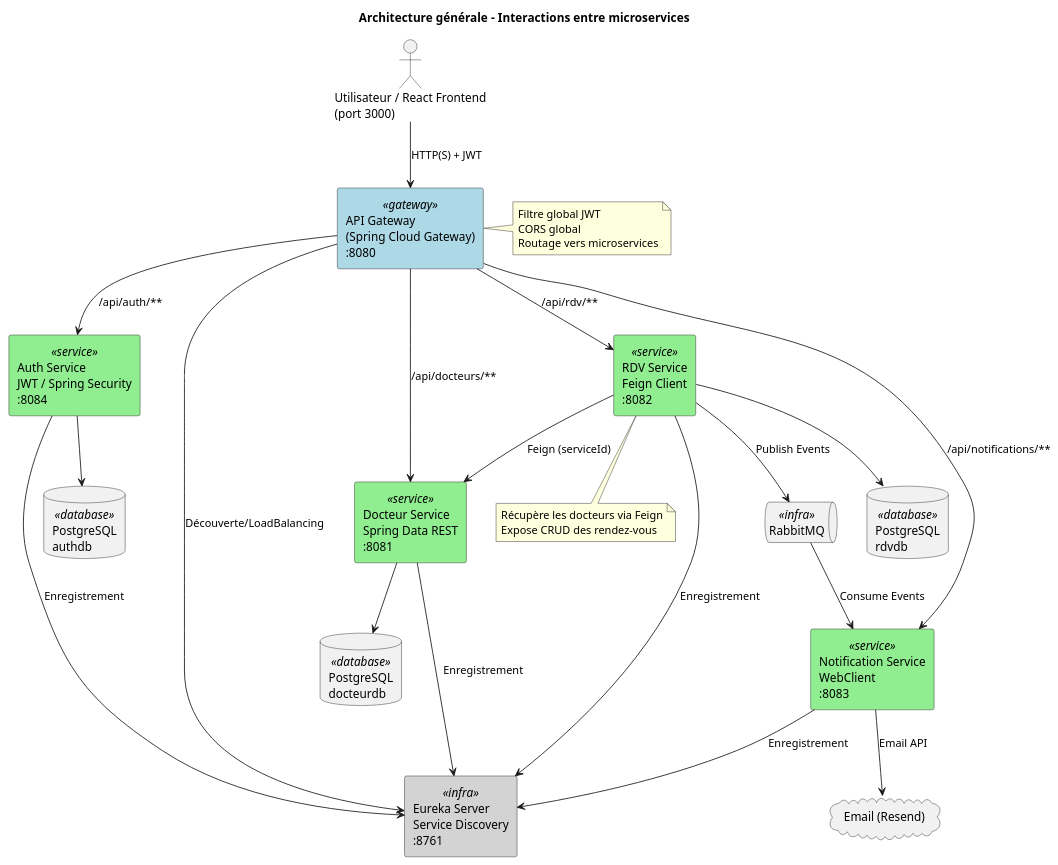
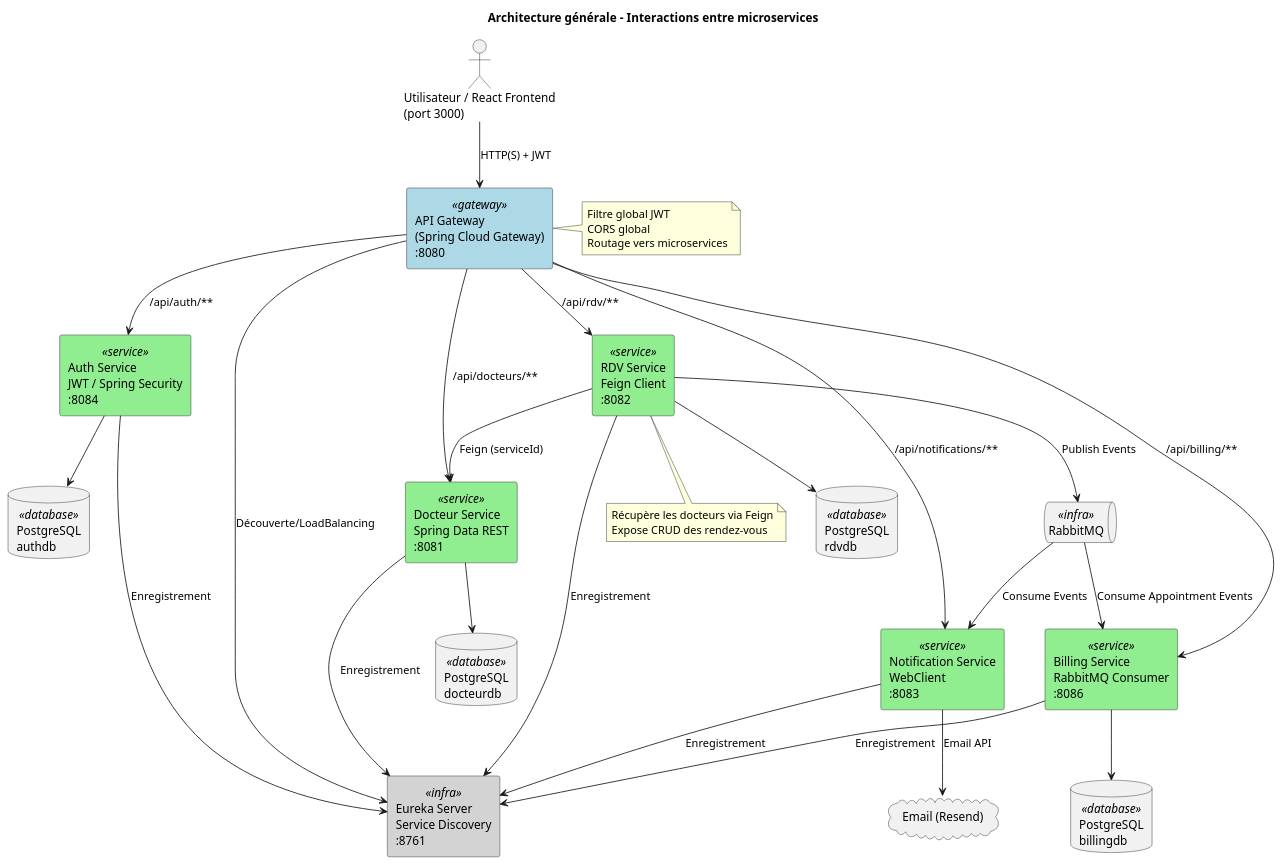
Before and after one commit to sohaibmokhliss/microservices-medical-appointment: the diagram in diagrams/8-architecture-interactions.puml, drawn with PlantUML. The commit also changed 3 other files, not shown here.

Commit message:
Update PlantUML diagrams to include billing-service

```diff
--- a/diagrams/8-architecture-interactions.puml
+++ b/diagrams/8-architecture-interactions.puml
@@ -1,62 +1,68 @@
 @startuml Architecture Interactions
 
 skinparam backgroundColor white
 skinparam componentStyle rectangle
 skinparam component {
     BackgroundColor<<gateway>> LightBlue
     BackgroundColor<<service>> LightGreen
     BackgroundColor<<infra>> LightGray
     BackgroundColor<<database>> LightYellow
 }
 
 title Architecture générale - Interactions entre microservices
 
 actor "Utilisateur / React Frontend\n(port 3000)" as user
 
 component "API Gateway\n(Spring Cloud Gateway)\n:8080" <<gateway>> as gateway
 component "Auth Service\nJWT / Spring Security\n:8084" <<service>> as auth
 component "Docteur Service\nSpring Data REST\n:8081" <<service>> as docteur
 component "RDV Service\nFeign Client\n:8082" <<service>> as rdv
 component "Notification Service\nWebClient\n:8083" <<service>> as notif
+component "Billing Service\nRabbitMQ Consumer\n:8086" <<service>> as billing
 
 database "PostgreSQL\nauthdb" <<database>> as dbAuth
 database "PostgreSQL\ndocteurdb" <<database>> as dbDoc
 database "PostgreSQL\nrdvdb" <<database>> as dbRdv
+database "PostgreSQL\nbillingdb" <<database>> as dbBilling
 
 queue "RabbitMQ" <<infra>> as rabbit
 cloud "Email (Resend)" as external
 component "Eureka Server\nService Discovery\n:8761" <<infra>> as eureka
 
 user --> gateway : HTTP(S) + JWT
 gateway --> auth : /api/auth/**
 gateway --> docteur : /api/docteurs/**
 gateway --> rdv : /api/rdv/**
 gateway --> notif : /api/notifications/**
+gateway --> billing : /api/billing/**
 
 rdv --> docteur : Feign (serviceId)
 rdv --> rabbit : Publish Events
 rabbit --> notif : Consume Events
+rabbit --> billing : Consume Appointment Events
 
 auth --> dbAuth
 docteur --> dbDoc
 rdv --> dbRdv
+billing --> dbBilling
 notif --> external : Email API
 
 auth --> eureka : Enregistrement
 docteur --> eureka : Enregistrement
 rdv --> eureka : Enregistrement
 notif --> eureka : Enregistrement
+billing --> eureka : Enregistrement
 gateway --> eureka : Découverte/LoadBalancing
 
 note right of gateway
   Filtre global JWT
   CORS global
   Routage vers microservices
 end note
 
 note bottom of rdv
   Récupère les docteurs via Feign
   Expose CRUD des rendez-vous
 end note
 
 @enduml
```
